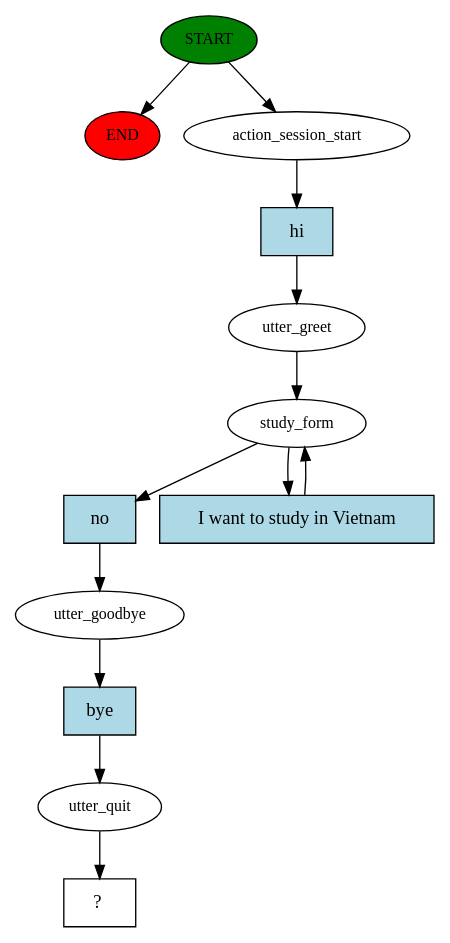
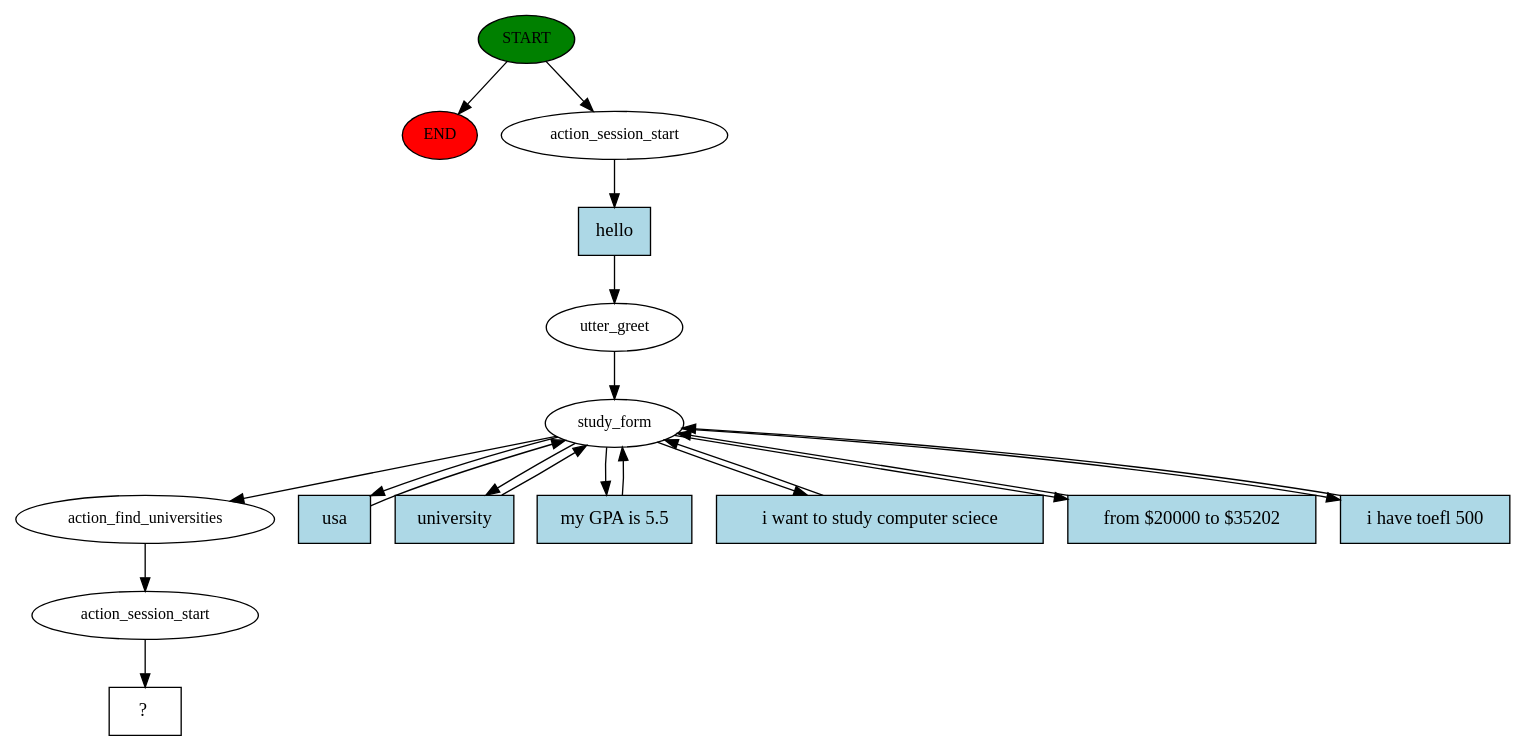
Before and after one commit to WeiNyn/Rasa_new_flow: the diagram in story_graph.dot, drawn with Graphviz. The commit also changed 54 other files, not shown here.

```diff
--- a/story_graph.dot
+++ b/story_graph.dot
@@ -1,26 +1,37 @@
 digraph  {
 0 [class="start active", fillcolor=green, fontsize=12, label=START, style=filled];
 "-1" [class=end, fillcolor=red, fontsize=12, label=END, style=filled];
 1 [class=active, fontsize=12, label=action_session_start];
 2 [class=active, fontsize=12, label=utter_greet];
 3 [class=active, fontsize=12, label=study_form];
-5 [class=active, fontsize=12, label=utter_goodbye];
-6 [class=active, fontsize=12, label=utter_quit];
-7 [class="intent dashed active", label="  ?  ", shape=rect];
-8 [class="intent active", fillcolor=lightblue, label=hi, shape=rect, style=filled];
-9 [class="intent active", fillcolor=lightblue, label=no, shape=rect, style=filled];
-10 [class="intent active", fillcolor=lightblue, label="I want to study in Vietnam", shape=rect, style=filled];
-11 [class="intent active", fillcolor=lightblue, label=bye, shape=rect, style=filled];
+10 [class=active, fontsize=12, label=action_find_universities];
+11 [class=active, fontsize=12, label=action_session_start];
+12 [class="intent dashed active", label="  ?  ", shape=rect];
+13 [class="intent active", fillcolor=lightblue, label=hello, shape=rect, style=filled];
+14 [class="intent active", fillcolor=lightblue, label=usa, shape=rect, style=filled];
+15 [class="intent active", fillcolor=lightblue, label=university, shape=rect, style=filled];
+16 [class="intent active", fillcolor=lightblue, label="my GPA is 5.5", shape=rect, style=filled];
+17 [class="intent active", fillcolor=lightblue, label="i want to study computer sciece", shape=rect, style=filled];
+18 [class="intent active", fillcolor=lightblue, label="from $20000 to $35202", shape=rect, style=filled];
+19 [class="intent active", fillcolor=lightblue, label="i have toefl 500", shape=rect, style=filled];
 0 -> "-1"  [class="", key=NONE, label=""];
 0 -> 1  [class=active, key=NONE, label=""];
-1 -> 8  [class=active, key=0];
+1 -> 13  [class=active, key=0];
 2 -> 3  [class=active, key=NONE, label=""];
-3 -> 9  [class=active, key=0];
-3 -> 10  [class=active, key=0];
-5 -> 11  [class=active, key=0];
-6 -> 7  [class=active, key=NONE, label=""];
-8 -> 2  [class=active, key=0];
-9 -> 5  [class=active, key=0];
-10 -> 3  [class=active, key=0];
-11 -> 6  [class=active, key=0];
+3 -> 10  [class=active, key=NONE, label=""];
+3 -> 14  [class=active, key=0];
+3 -> 15  [class=active, key=0];
+3 -> 16  [class=active, key=0];
+3 -> 17  [class=active, key=0];
+3 -> 18  [class=active, key=0];
+3 -> 19  [class=active, key=0];
+10 -> 11  [class=active, key=NONE, label=""];
+11 -> 12  [class=active, key=NONE, label=""];
+13 -> 2  [class=active, key=0];
+14 -> 3  [class=active, key=0];
+15 -> 3  [class=active, key=0];
+16 -> 3  [class=active, key=0];
+17 -> 3  [class=active, key=0];
+18 -> 3  [class=active, key=0];
+19 -> 3  [class=active, key=0];
 }
```
